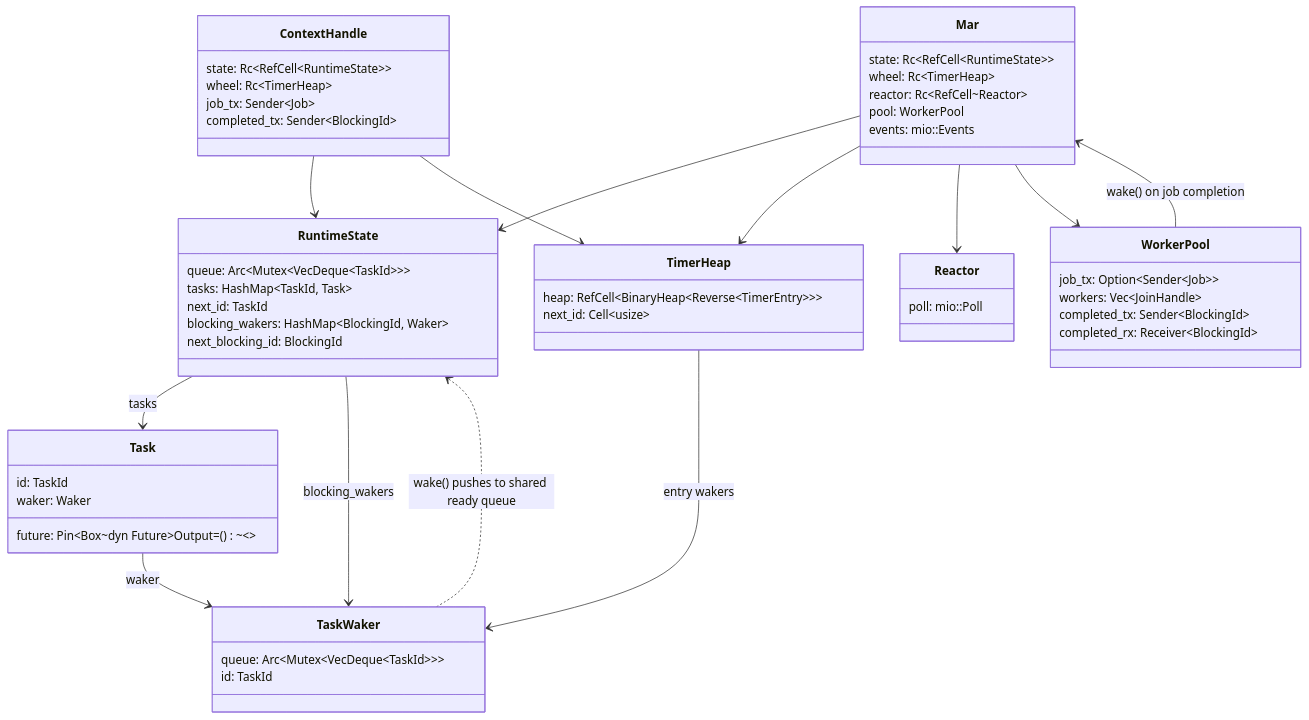
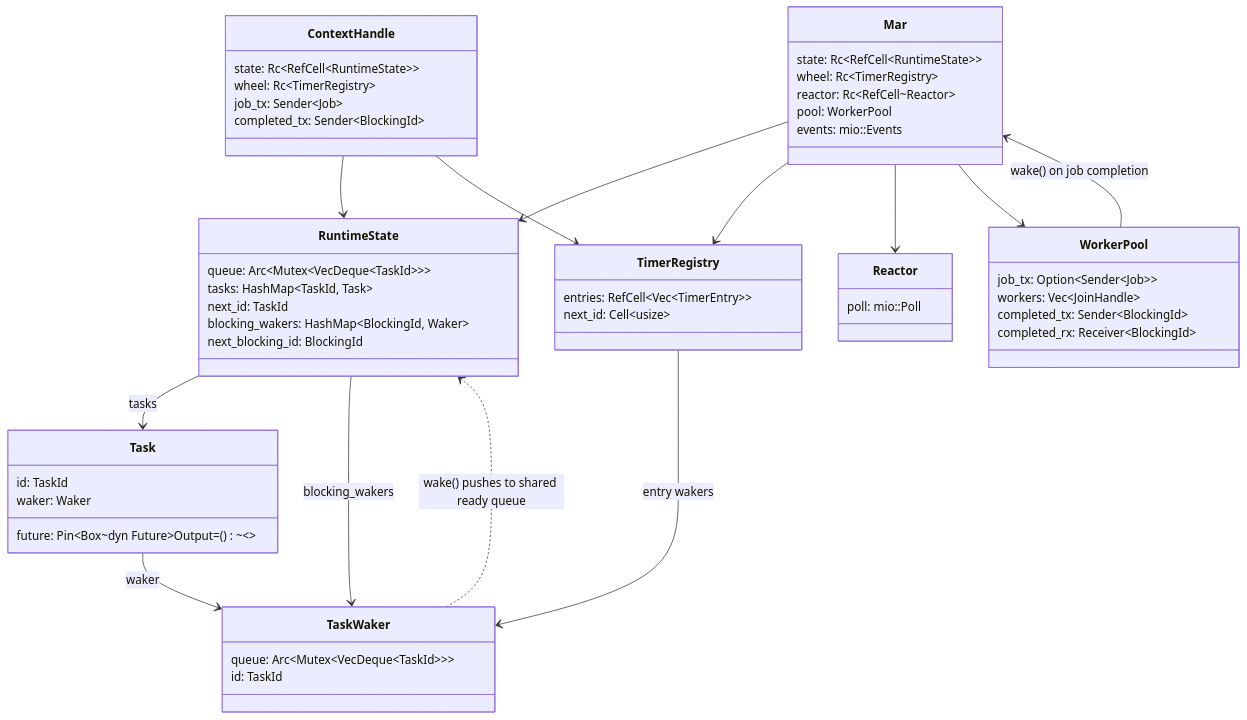
The diagram in docs/runtime-primitives.md (paulpeters144/mini-async-runtime), drawn with Mermaid before and after one commit. The commit also changed 15 other files, not shown here.

First line of the commit message:
refactor: split time module and rename TimerHeap to TimerRegistry

````diff
--- a/docs/runtime-primitives.md
+++ b/docs/runtime-primitives.md
@@ -5,67 +5,67 @@
 ```mermaid
 classDiagram
     direction TB
 
     class Mar {
         state: Rc~RefCell~RuntimeState~~
-        wheel: Rc~TimerHeap~
+        wheel: Rc~TimerRegistry~
         reactor: Rc~RefCell~Reactor~
         pool: WorkerPool
         events: mio::Events
     }
 
     class RuntimeState {
         queue: Arc~Mutex~VecDeque~TaskId~~~
         tasks: HashMap~TaskId, Task~
         next_id: TaskId
         blocking_wakers: HashMap~BlockingId, Waker~
         next_blocking_id: BlockingId
     }
 
     class ContextHandle {
         state: Rc~RefCell~RuntimeState~~
-        wheel: Rc~TimerHeap~
+        wheel: Rc~TimerRegistry~
         job_tx: Sender~Job~
         completed_tx: Sender~BlockingId~
     }
 
     class Task {
         id: TaskId
         waker: Waker
         future: Pin~Box~dyn Future~Output=()~~~
     }
 
     class TaskWaker {
         queue: Arc~Mutex~VecDeque~TaskId~~~
         id: TaskId
     }
 
-    class TimerHeap {
-        heap: RefCell~BinaryHeap~Reverse~TimerEntry~~~
+    class TimerRegistry {
+        entries: RefCell~Vec~TimerEntry~~
         next_id: Cell~usize~
     }
 
     class WorkerPool {
         job_tx: Option~Sender~Job~~
         workers: Vec~JoinHandle~
         completed_tx: Sender~BlockingId~
         completed_rx: Receiver~BlockingId~
     }
 
     class Reactor {
         poll: mio::Poll
     }
 
     Mar --> RuntimeState
-    Mar --> TimerHeap
+    Mar --> TimerRegistry
     Mar --> Reactor
     Mar --> WorkerPool
     ContextHandle --> RuntimeState
-    ContextHandle --> TimerHeap
+    ContextHandle --> TimerRegistry
     RuntimeState --> Task : tasks
     RuntimeState --> TaskWaker : blocking_wakers
     Task --> TaskWaker : waker
     TaskWaker ..> RuntimeState : wake() pushes to shared ready queue
-    TimerHeap --> TaskWaker : entry wakers
+    TimerRegistry --> TaskWaker : entry wakers
     WorkerPool --> Mar : wake() on job completion
 ```
````
